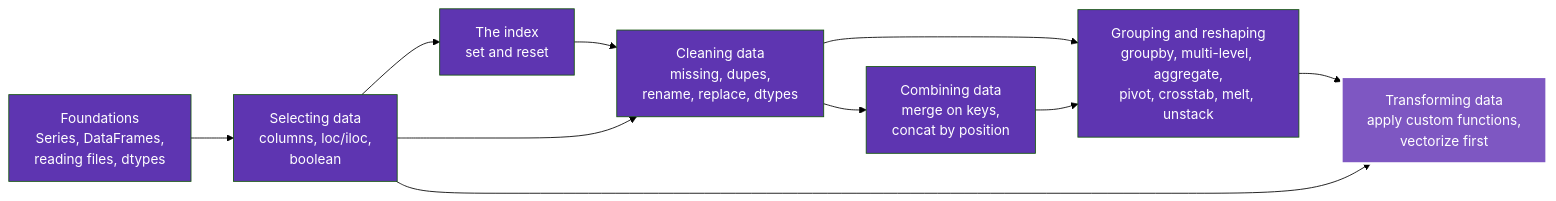
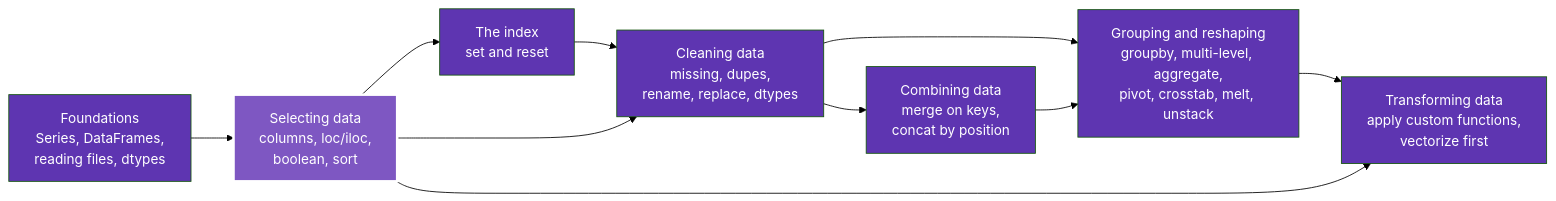
The diagram in docs/index.md (karywnl/pandas), drawn with Mermaid (forest theme) before and after one commit. The commit also changed other lines of this file and 10 other files, not shown here.

````diff
--- a/docs/index.md
+++ b/docs/index.md
@@ -16,19 +16,19 @@
 ```mermaid
 flowchart LR
-    F["Foundations<br/>Series, DataFrames,<br/>reading files, dtypes"] --> SEL["Selecting data<br/>columns, loc/iloc,<br/>boolean"]
+    F["Foundations<br/>Series, DataFrames,<br/>reading files, dtypes"] --> SEL["Selecting data<br/>columns, loc/iloc,<br/>boolean, sort"]
     SEL --> IDX["The index<br/>set and reset"]
     IDX --> CLEAN["Cleaning data<br/>missing, dupes,<br/>rename, replace, dtypes"]
     CLEAN --> GRP["Grouping and reshaping<br/>groupby, multi-level, aggregate,<br/>pivot, crosstab, melt, unstack"]
     SEL --> CLEAN
     CLEAN --> COMB["Combining data<br/>merge on keys,<br/>concat by position"]
     COMB --> GRP
     GRP --> TRANS["Transforming data<br/>apply custom functions,<br/>vectorize first"]
     SEL --> TRANS
     style F fill:#5e35b1,color:#fff
-    style SEL fill:#5e35b1,color:#fff
+    style SEL fill:#7e57c2,color:#fff,stroke:#fff,stroke-width:3px
     style IDX fill:#5e35b1,color:#fff
     style CLEAN fill:#5e35b1,color:#fff
     style GRP fill:#5e35b1,color:#fff
     style COMB fill:#5e35b1,color:#fff
-    style TRANS fill:#7e57c2,color:#fff,stroke:#fff,stroke-width:3px
+    style TRANS fill:#5e35b1,color:#fff
 ```
````
